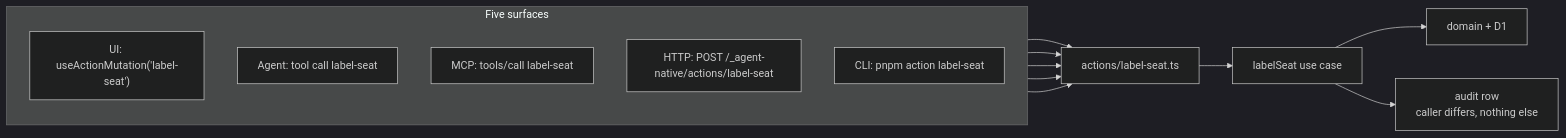
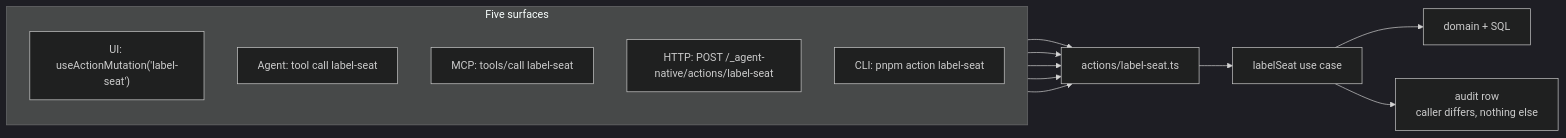
The fourth of 14 diagrams in ARCHITECTURE.md (anbergem/seating-arrangement), drawn with Mermaid (dark theme) before and after one commit. The commit also changed other lines of this file and 102 other files, not shown here.

````diff
--- a/ARCHITECTURE.md
+++ b/ARCHITECTURE.md
@@ -213,19 +214,19 @@
 ```mermaid
 flowchart LR
   subgraph "Five surfaces"
     direction TB
     S1["UI: useActionMutation('label-seat')"]
     S2["Agent: tool call label-seat"]
     S3["MCP: tools/call label-seat"]
     S4["HTTP: POST /_agent-native/actions/label-seat"]
     S5["CLI: pnpm action label-seat"]
   end
   S1 --> ACT
   S2 --> ACT
   S3 --> ACT
   S4 --> ACT
   S5 --> ACT
   ACT["actions/label-seat.ts"] --> UC["labelSeat use case"]
-  UC --> DOM["domain + D1"]
+  UC --> DOM["domain + SQL"]
   UC --> AUD["audit row<br/>caller differs, nothing else"]
 ```
````
